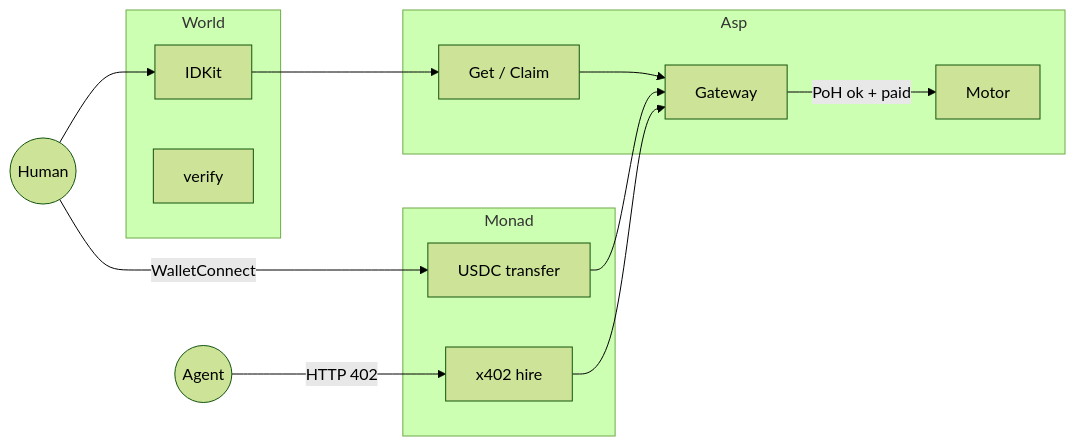
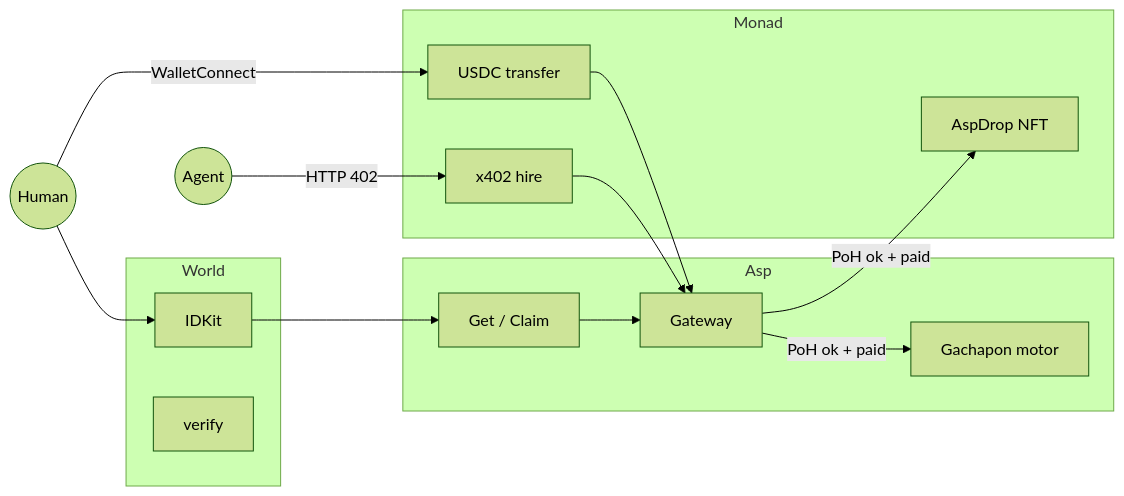
Before and after one commit to altaga/Asp: the first of 4 diagrams in README.md, drawn with Mermaid (forest theme). The commit also changed other lines of this file and 2 other files, not shown here.

Commit message:
README is the Metropolis entry now: track 03, AspDrop on mainnet, NFT drop path

````diff
--- a/README.md
+++ b/README.md
@@ -57,23 +69,25 @@
 ```mermaid
 flowchart LR
   subgraph World["World"]
     IDKit[IDKit]
     Portal[verify]
   end
 
   subgraph Asp["Asp"]
     Dapp["Get / Claim"]
     GW[Gateway]
-    Dev[Motor]
+    Dev[Gachapon motor]
   end
 
   subgraph Monad["Monad"]
     USDC[USDC transfer]
     X402[x402 hire]
+    Drop[AspDrop NFT]
   end
 
   Human((Human)) --> IDKit --> Dapp --> GW
   Human -->|WalletConnect| USDC --> GW
   Agent((Agent)) -->|HTTP 402| X402 --> GW
   GW -->|PoH ok + paid| Dev
+  GW -->|PoH ok + paid| Drop
 ```
````
